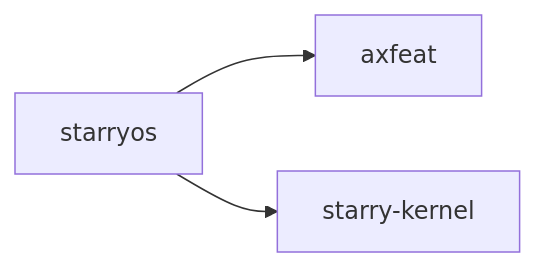
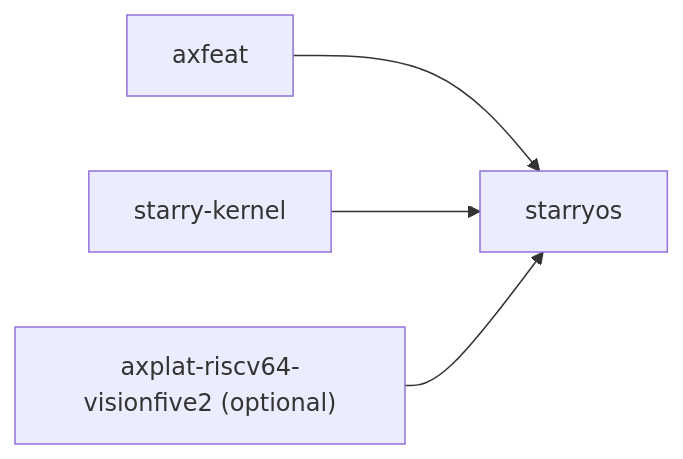
One commit to rcore-os/tgoskits changed the second of 2 diagrams in docs/crates/starryos.md. Above: the diagram before and after it, drawn with Mermaid. The commit also changed other lines of this file and 99 other files, not shown here.

````diff
--- a/docs/crates/starryos.md
+++ b/docs/crates/starryos.md
@@ -32,6 +103,6 @@
 ```mermaid
 graph LR
-    current["starryos"]
-    current --> axfeat["axfeat"]
-    current --> starry_kernel["starry-kernel"]
+    axfeat["axfeat"] --> starryos["starryos"]
+    kernel["starry-kernel"] --> starryos
+    vf2["axplat-riscv64-visionfive2 (optional)"] --> starryos
 ```
````
